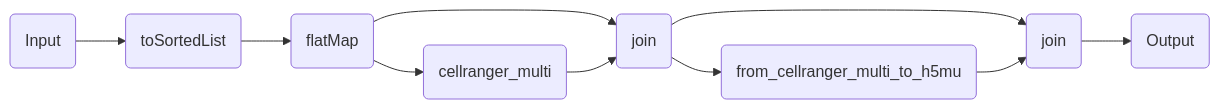
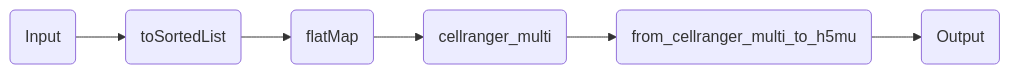
The diagram in components/workflows/ingestion/cellranger_multi.qmd (openpipelines-bio/website), drawn with Mermaid before and after one commit. The commit also changed other lines of this file and 15 other files, not shown here.

````diff
--- a/components/workflows/ingestion/cellranger_multi.qmd
+++ b/components/workflows/ingestion/cellranger_multi.qmd
@@ -154,22 +157,16 @@
 ```{mermaid}
 %%| column: screen-inset-shaded
 flowchart LR
     p0(Input)
     p2(toSortedList)
     p4(flatMap)
-    p14(join)
     p12(cellranger_multi)
-    p23(join)
     p21(from_cellranger_multi_to_h5mu)
     p29(Output)
     p0-->p2
     p2-->p4
-    p4-->p14
     p4-->p12
-    p12-->p14
-    p14-->p23
-    p14-->p21
-    p21-->p23
-    p23-->p29
+    p12-->p21
+    p21-->p29
 
 ```
````
